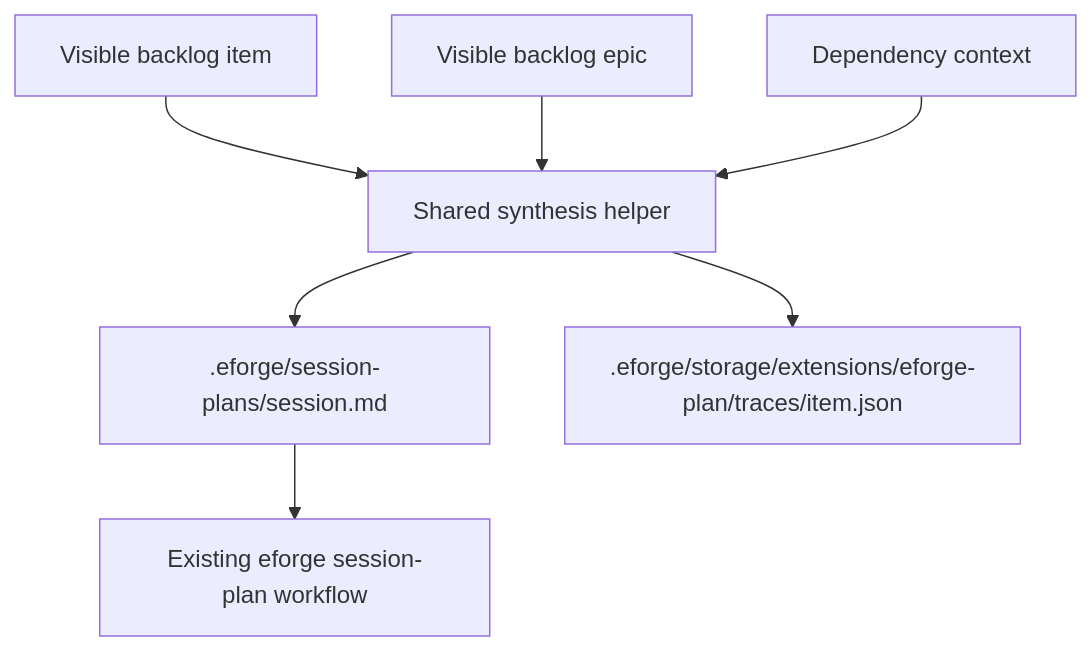
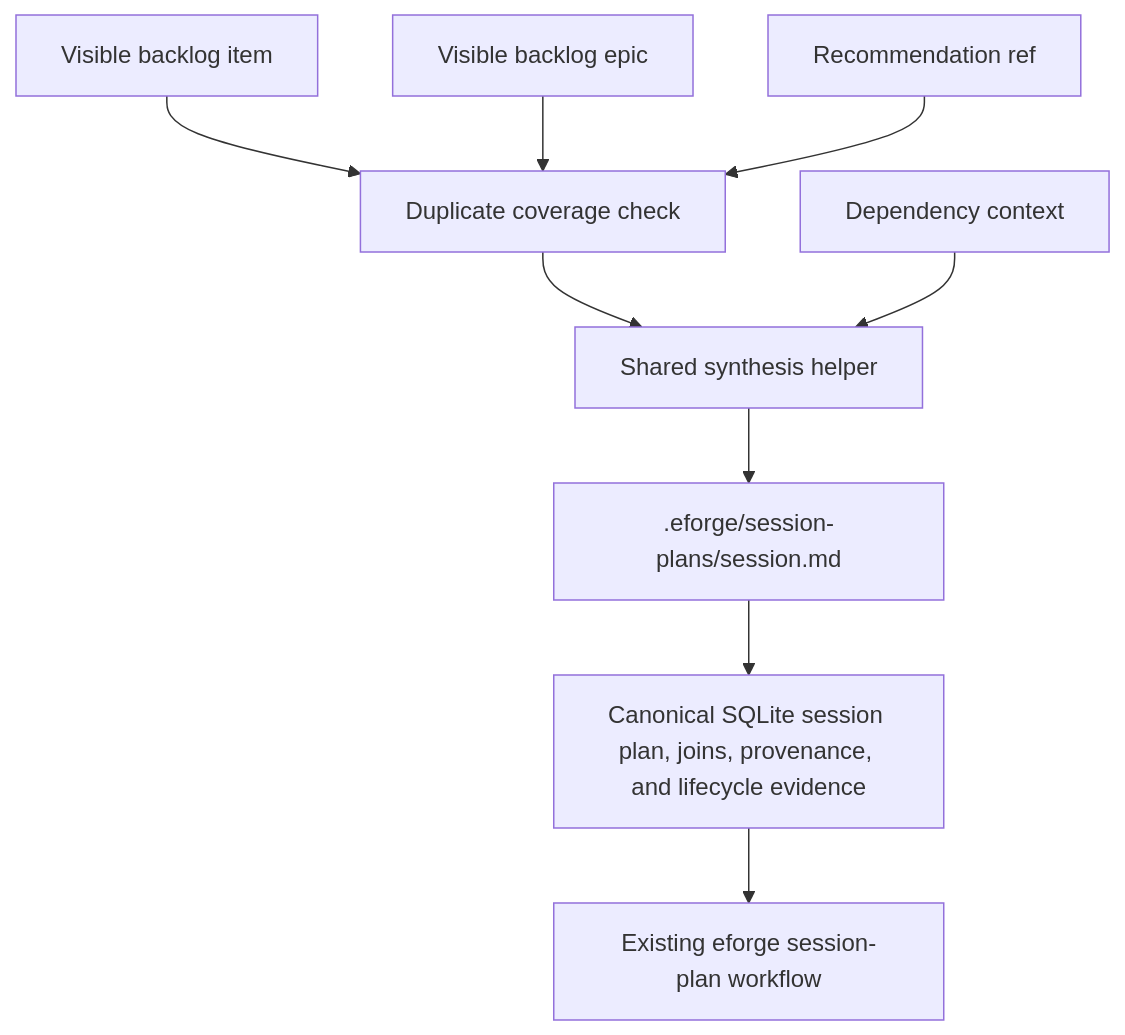
The diagram in eforge/extensions/eforge-plan/README.md (eforge-build/eforge), drawn with Mermaid before and after one commit. The commit also changed other lines of this file and 35 other files, not shown here.

First line of the commit message:
feat(plan-02-canonical-write-paths): Move eforge-plan mutation paths to SQLite repositories while keeping session-plan Markdown as build artifacts and centralizing duplicate planning suppression.

````diff
--- a/eforge/extensions/eforge-plan/README.md
+++ b/eforge/extensions/eforge-plan/README.md
@@ -257,9 +256,11 @@
 ```mermaid
 flowchart TD
-  Item[Visible backlog item] --> Synthesize[Shared synthesis helper]
-  Epic[Visible backlog epic] --> Synthesize
+  Item[Visible backlog item] --> Coverage[Duplicate coverage check]
+  Epic[Visible backlog epic] --> Coverage
+  Recommendation[Recommendation ref] --> Coverage
+  Coverage --> Synthesize[Shared synthesis helper]
   Deps[Dependency context] --> Synthesize
   Synthesize --> Plan[.eforge/session-plans/session.md]
-  Synthesize --> Trace[.eforge/storage/extensions/eforge-plan/traces/item.json]
-  Plan --> Engine[Existing eforge session-plan workflow]
+  Plan --> SQLite[Canonical SQLite session plan, joins, provenance, and lifecycle evidence]
+  SQLite --> Engine[Existing eforge session-plan workflow]
 ```
````
